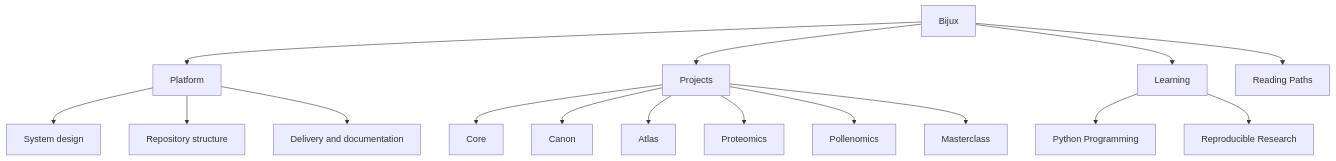
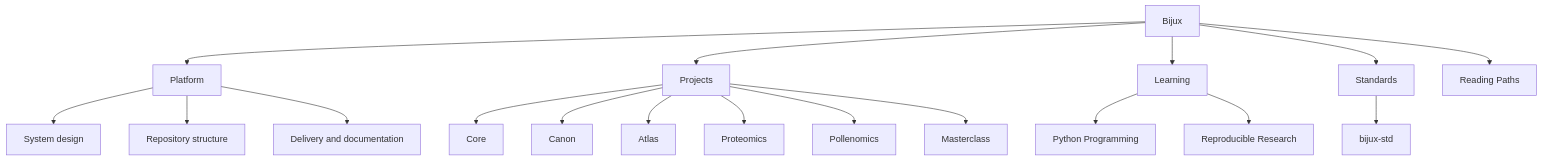
The diagram in docs/index.md (bijux/bijux.github.io), drawn with Mermaid before and after one commit. The commit also changed other lines of this file, not shown here.

Commit message:
docs(home): add bijux-std to homepage architecture model

````diff
--- a/docs/index.md
+++ b/docs/index.md
@@ -71,21 +73,24 @@
 ```mermaid
 graph TD
     bijux["Bijux"] --> platform["Platform"]
     bijux --> projects["Projects"]
     bijux --> learning["Learning"]
+    bijux --> standards["Standards"]
     bijux --> paths["Reading Paths"]
 
     platform --> platform_design["System design"]
     platform --> platform_structure["Repository structure"]
     platform --> platform_delivery["Delivery and documentation"]
 
     projects --> core["Core"]
     projects --> canon["Canon"]
     projects --> atlas["Atlas"]
     projects --> proteomics["Proteomics"]
     projects --> pollenomics["Pollenomics"]
     projects --> masterclass["Masterclass"]
 
     learning --> python["Python Programming"]
     learning --> reproducible["Reproducible Research"]
+
+    standards --> std["bijux-std"]
 ```
````
